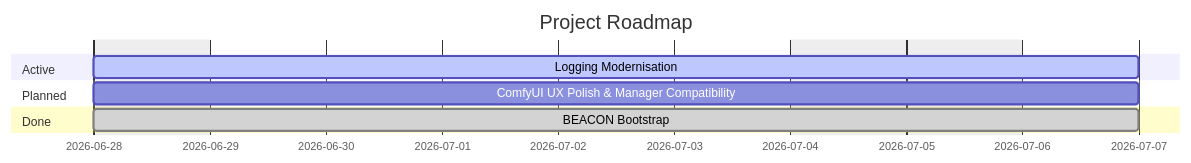
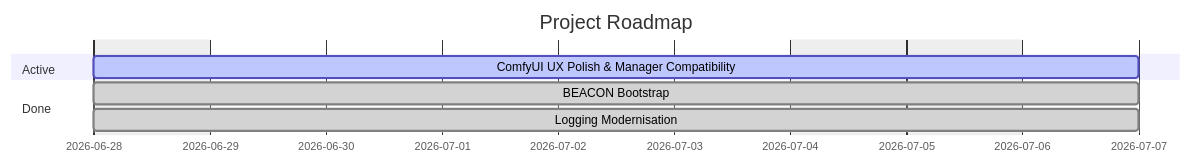
One commit to darth-veitcher/comfydv changed the diagram in ROADMAP.md. Above: the diagram before and after it, drawn with Mermaid. The commit also changed other lines of this file and 4 other files, not shown here.

First line of the commit message:
chore(002): archive logging epic, fix roadmap ADR links, add pyyaml dev dep

````diff
--- a/ROADMAP.md
+++ b/ROADMAP.md
@@ -9,16 +9,14 @@
 ```mermaid
 gantt
     title Project Roadmap
     dateFormat  YYYY-MM-DD
     excludes    weekends
 
     section Active
-    Logging Modernisation :active, logging-modernisation, 2026-06-28, 7d
-
-    section Planned
-    ComfyUI UX Polish & Manager Compatibility :ux-and-install, 2026-06-28, 7d
+    ComfyUI UX Polish & Manager Compatibility :active, ux-and-install, 2026-06-28, 7d
 
     section Done
     BEACON Bootstrap :done, beacon-bootstrap, 2026-06-28, 7d
+    Logging Modernisation :done, logging-modernisation, 2026-06-28, 7d
 
 ```
````
